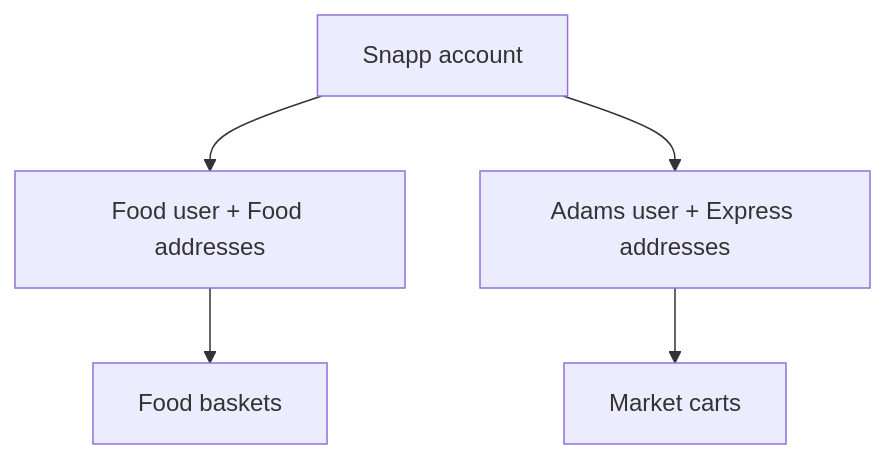
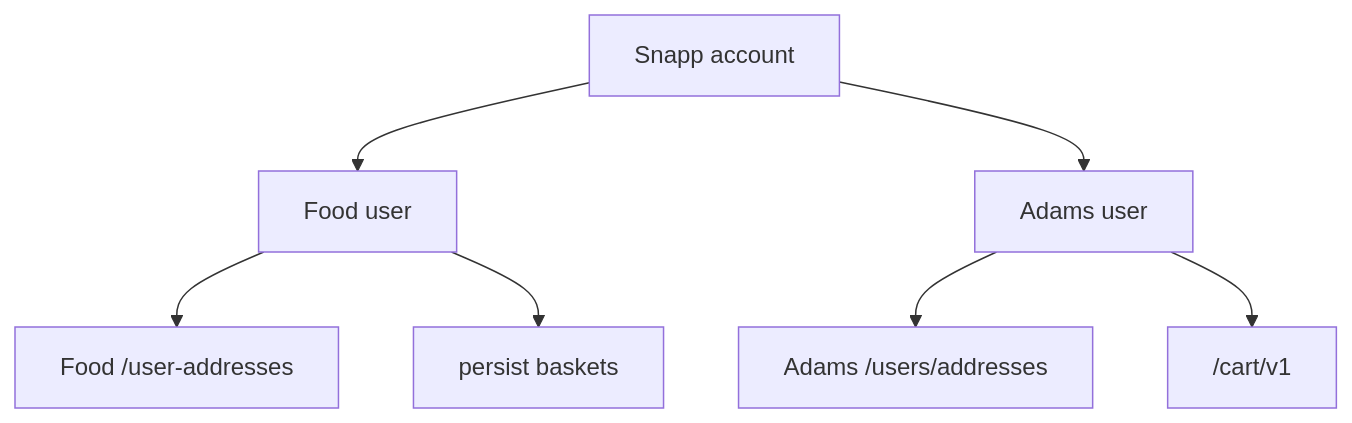
The second of 12 diagrams in README.md (erfnzdeh/snapp-hack), drawn with Mermaid before and after one commit. The commit also changed other lines of this file, not shown here.

````diff
--- a/README.md
+++ b/README.md
@@ -62,7 +85,9 @@
 ```mermaid
 flowchart TB
-  SNAPP["Snapp account"] --> FOOD["Food user + Food addresses"]
-  SNAPP --> ADAMS["Adams user + Express addresses"]
-  FOOD --> FB["Food baskets"]
-  ADAMS --> MC["Market carts"]
+  SNAPP["Snapp account"] --> FOOD["Food user"]
+  SNAPP --> ADAMS["Adams user"]
+  FOOD --> FA["Food /user-addresses"]
+  ADAMS --> AA["Adams /users/addresses"]
+  FOOD --> FB["persist baskets"]
+  ADAMS --> MC["/cart/v1"]
 ```
````
